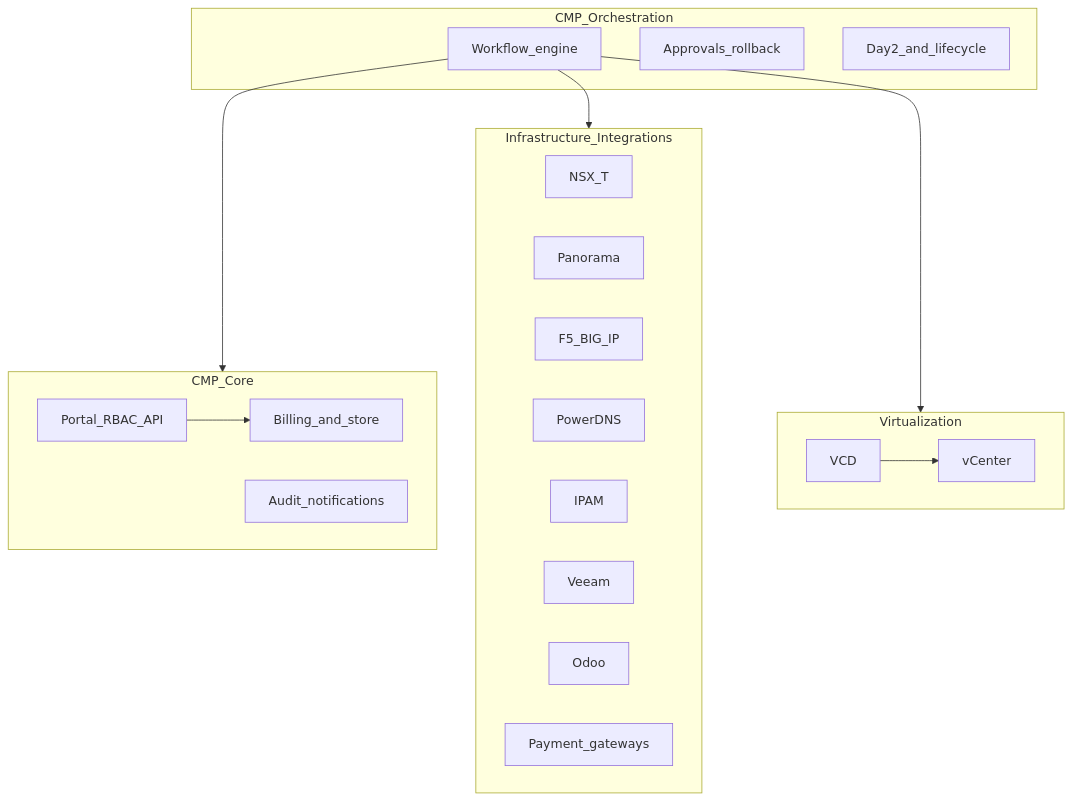
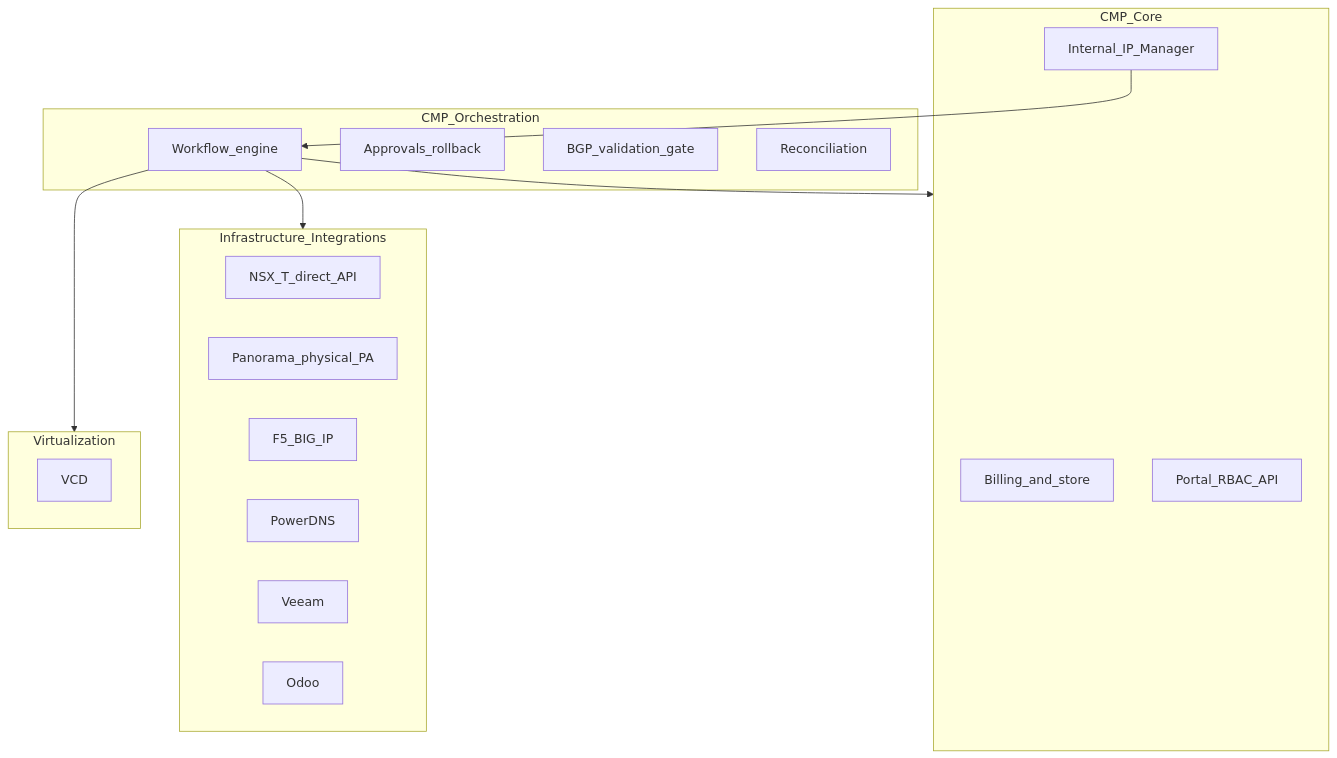
Before and after one commit to satish-londhe/admin-docs: the first of 2 diagrams in docs/engagements/datamount/index.md, drawn with Mermaid. The commit also changed other lines of this file and 60 other files, not shown here.

````diff
--- a/docs/engagements/datamount/index.md
+++ b/docs/engagements/datamount/index.md
@@ -70,32 +71,29 @@
 ```mermaid
 flowchart TB
   subgraph orch [CMP_Orchestration]
     WorkflowEngine[Workflow_engine]
     Approvals[Approvals_rollback]
-    Day2[Day2_and_lifecycle]
+    BGPGate[BGP_validation_gate]
+    Reconcile[Reconciliation]
   end
   subgraph core [CMP_Core]
     Billing[Billing_and_store]
     Portal[Portal_RBAC_API]
-    Audit[Audit_notifications]
+    IPAM[Internal_IP_Manager]
   end
   subgraph infra [Infrastructure_Integrations]
-    NSXT[NSX_T]
-    Panorama[Panorama]
+    NSXT[NSX_T_direct_API]
+    Panorama[Panorama_physical_PA]
     F5[F5_BIG_IP]
     DNS[PowerDNS]
-    IPAM[IPAM]
     Veeam[Veeam]
     Odoo[Odoo]
-    PayGW[Payment_gateways]
   end
   subgraph virt [Virtualization]
     VCD[VCD]
-    vCenter[vCenter]
   end
-  Portal --> Billing
   WorkflowEngine --> core
   WorkflowEngine --> infra
   WorkflowEngine --> virt
-  VCD --> vCenter
+  IPAM --> WorkflowEngine
 ```
````
